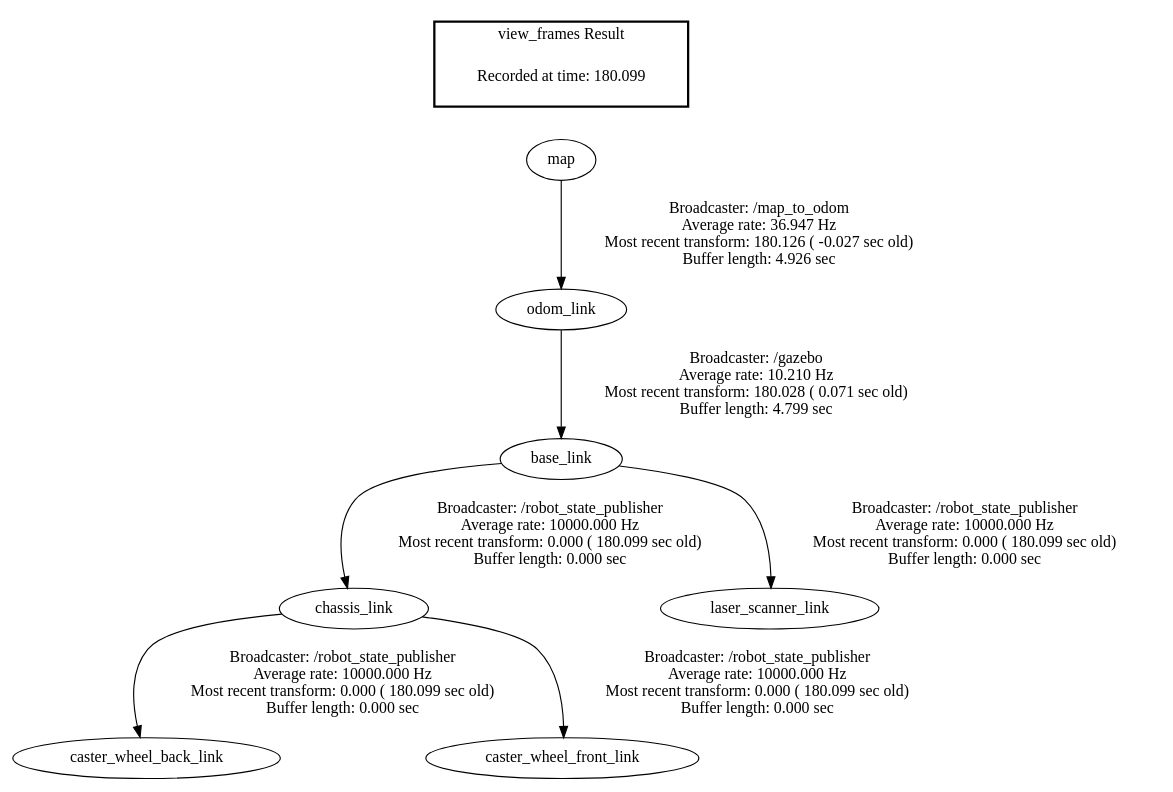
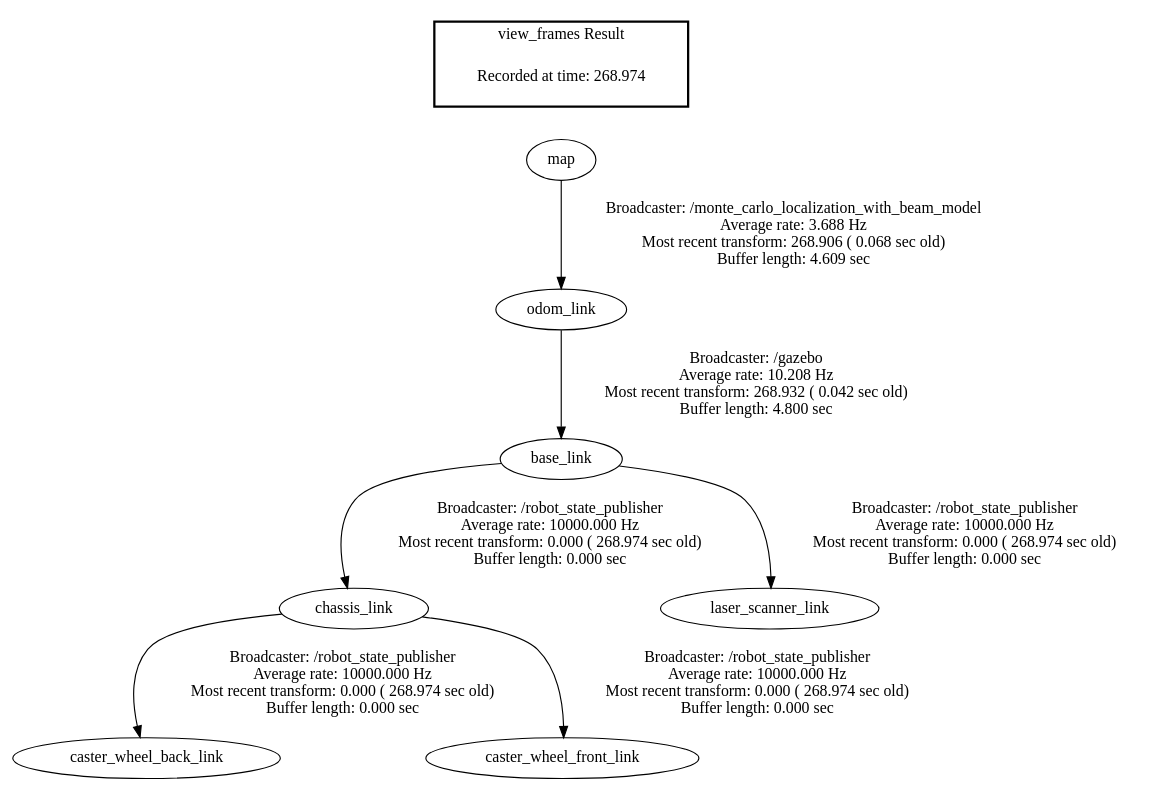
The diagram in frames.gv (Eiko-Smid/ROS_RBPF_SLAM_Optimized_Proposal), drawn with Graphviz before and after one commit. The commit also changed 3 other files, not shown here.

Commit message:
Updated the tf tree. Now the static tranform from map and odom has been deleted. In mcl we now also check if a laser scan is available, otherwise we dont update the filter.

```diff
--- a/frames.gv
+++ b/frames.gv
@@ -1,12 +1,12 @@
 digraph G {
-"base_link" -> "chassis_link"[label="Broadcaster: /robot_state_publisher\nAverage rate: 10000.000 Hz\nMost recent transform: 0.000 ( 180.099 sec old)\nBuffer length: 0.000 sec\n"];
-"odom_link" -> "base_link"[label="Broadcaster: /gazebo\nAverage rate: 10.210 Hz\nMost recent transform: 180.028 ( 0.071 sec old)\nBuffer length: 4.799 sec\n"];
-"chassis_link" -> "caster_wheel_back_link"[label="Broadcaster: /robot_state_publisher\nAverage rate: 10000.000 Hz\nMost recent transform: 0.000 ( 180.099 sec old)\nBuffer length: 0.000 sec\n"];
-"chassis_link" -> "caster_wheel_front_link"[label="Broadcaster: /robot_state_publisher\nAverage rate: 10000.000 Hz\nMost recent transform: 0.000 ( 180.099 sec old)\nBuffer length: 0.000 sec\n"];
-"base_link" -> "laser_scanner_link"[label="Broadcaster: /robot_state_publisher\nAverage rate: 10000.000 Hz\nMost recent transform: 0.000 ( 180.099 sec old)\nBuffer length: 0.000 sec\n"];
-"map" -> "odom_link"[label="Broadcaster: /map_to_odom\nAverage rate: 36.947 Hz\nMost recent transform: 180.126 ( -0.027 sec old)\nBuffer length: 4.926 sec\n"];
+"base_link" -> "chassis_link"[label="Broadcaster: /robot_state_publisher\nAverage rate: 10000.000 Hz\nMost recent transform: 0.000 ( 268.974 sec old)\nBuffer length: 0.000 sec\n"];
+"odom_link" -> "base_link"[label="Broadcaster: /gazebo\nAverage rate: 10.208 Hz\nMost recent transform: 268.932 ( 0.042 sec old)\nBuffer length: 4.800 sec\n"];
+"chassis_link" -> "caster_wheel_back_link"[label="Broadcaster: /robot_state_publisher\nAverage rate: 10000.000 Hz\nMost recent transform: 0.000 ( 268.974 sec old)\nBuffer length: 0.000 sec\n"];
+"chassis_link" -> "caster_wheel_front_link"[label="Broadcaster: /robot_state_publisher\nAverage rate: 10000.000 Hz\nMost recent transform: 0.000 ( 268.974 sec old)\nBuffer length: 0.000 sec\n"];
+"base_link" -> "laser_scanner_link"[label="Broadcaster: /robot_state_publisher\nAverage rate: 10000.000 Hz\nMost recent transform: 0.000 ( 268.974 sec old)\nBuffer length: 0.000 sec\n"];
+"map" -> "odom_link"[label="Broadcaster: /monte_carlo_localization_with_beam_model\nAverage rate: 3.688 Hz\nMost recent transform: 268.906 ( 0.068 sec old)\nBuffer length: 4.609 sec\n"];
 edge [style=invis];
  subgraph cluster_legend { style=bold; color=black; label ="view_frames Result";
-"Recorded at time: 180.099"[ shape=plaintext ] ;
+"Recorded at time: 268.974"[ shape=plaintext ] ;
  }->"map";
 }
```
